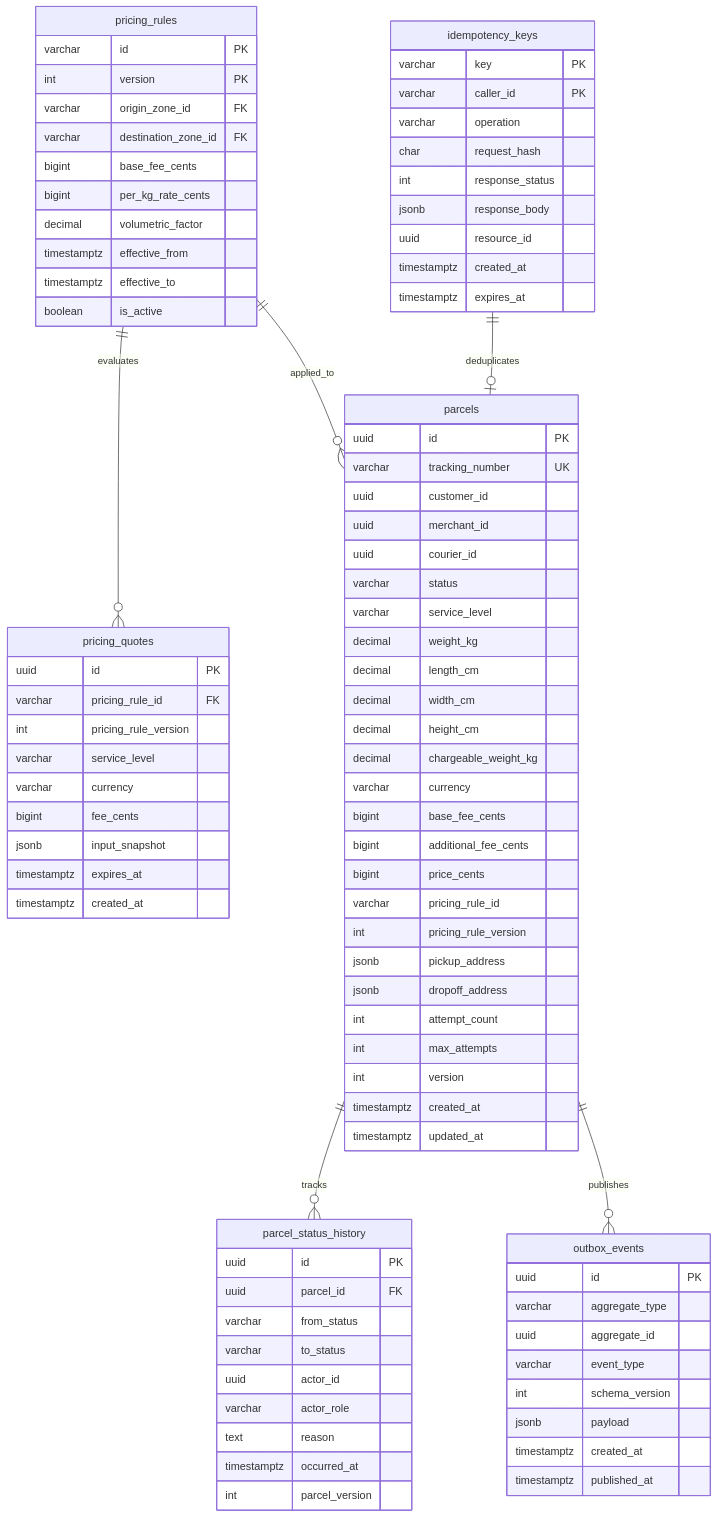
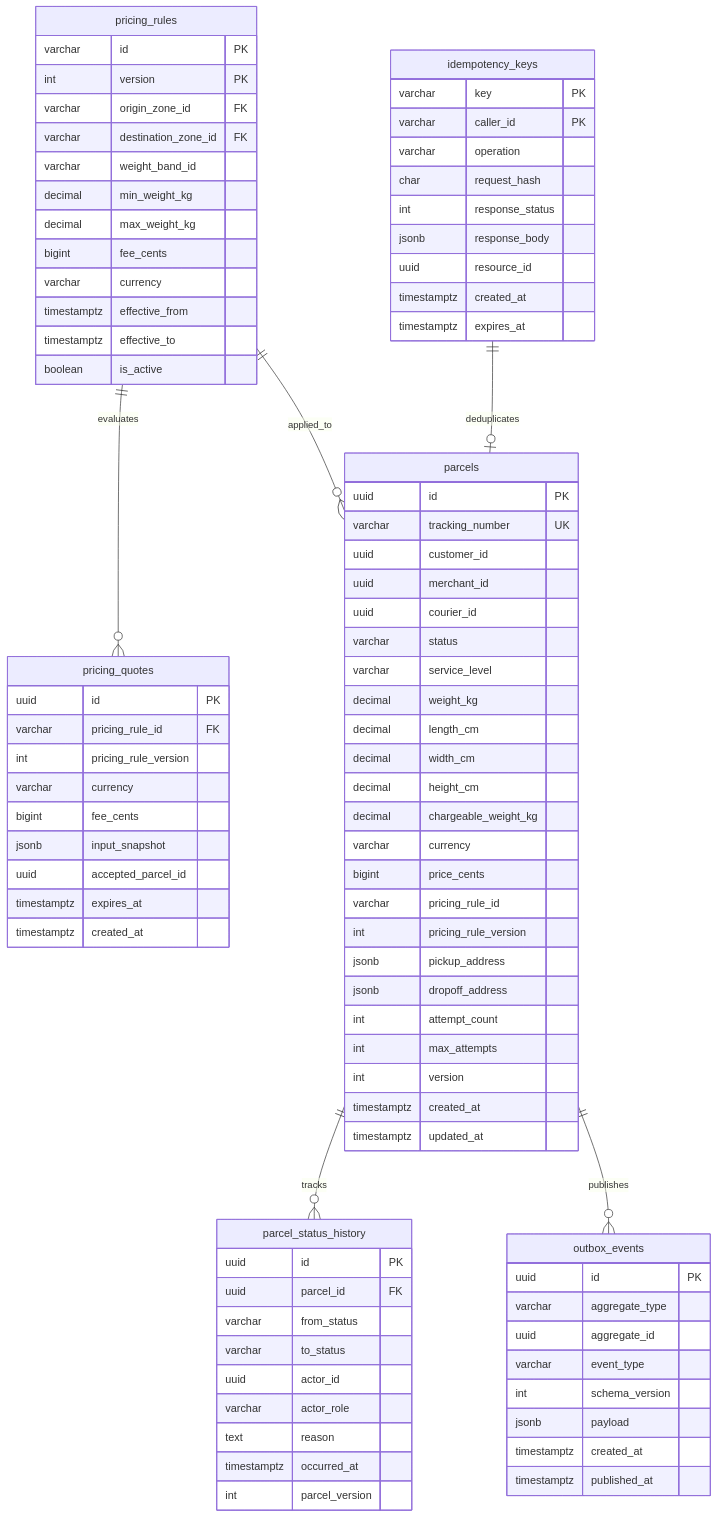
One commit to phantomTroupeEAD/SwiftDrop changed the first of 2 diagrams in docs/drafts/member-02-parcels-pricing/doc-03-internal-architecture-and-design.md. Above: the diagram before and after it, drawn with Mermaid. The commit also changed other lines of this file and 11 other files, not shown here.

```diff
--- a/docs/drafts/member-02-parcels-pricing/doc-03-internal-architecture-and-design.md
+++ b/docs/drafts/member-02-parcels-pricing/doc-03-internal-architecture-and-design.md
@@ -411,9 +407,11 @@
         int version PK
         varchar origin_zone_id FK
         varchar destination_zone_id FK
-        bigint base_fee_cents
-        bigint per_kg_rate_cents
-        decimal volumetric_factor
+        varchar weight_band_id
+        decimal min_weight_kg
+        decimal max_weight_kg
+        bigint fee_cents
+        varchar currency
         timestamptz effective_from
         timestamptz effective_to
         boolean is_active
@@ -423,10 +421,10 @@
         uuid id PK
         varchar pricing_rule_id FK
         int pricing_rule_version
-        varchar service_level
         varchar currency
         bigint fee_cents
         jsonb input_snapshot
+        uuid accepted_parcel_id
         timestamptz expires_at
         timestamptz created_at
     }
@@ -445,8 +443,6 @@
         decimal height_cm
         decimal chargeable_weight_kg
         varchar currency
-        bigint base_fee_cents
-        bigint additional_fee_cents
         bigint price_cents
         varchar pricing_rule_id
         int pricing_rule_version
```
